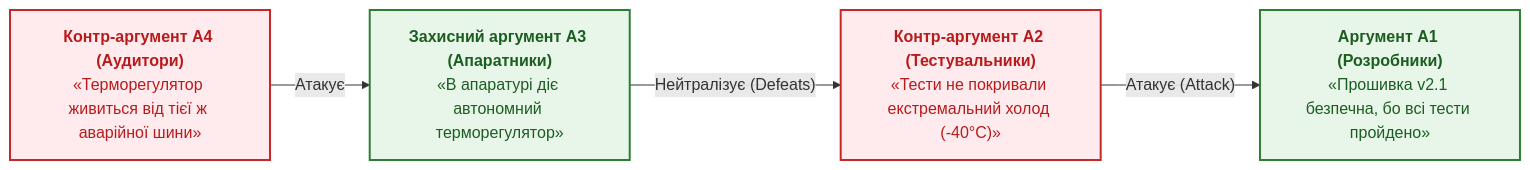
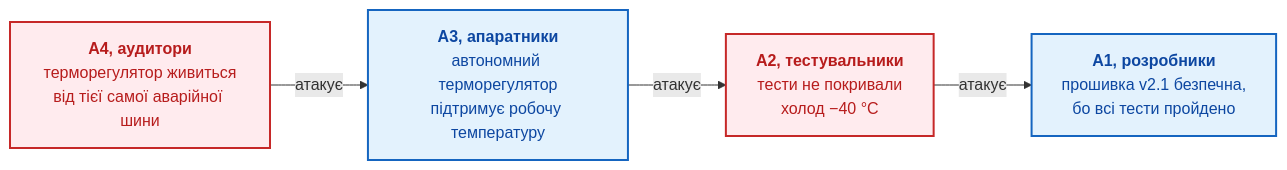
The fourth of 4 diagrams in ExpertSystem/ch27-safety-case-gsn-synthesis.md (nick-fedchik/articles), drawn with Mermaid before and after one commit. The commit also changed other lines of this file, not shown here.

````diff
--- a/ExpertSystem/ch27-safety-case-gsn-synthesis.md
+++ b/ExpertSystem/ch27-safety-case-gsn-synthesis.md
@@ -282,20 +205,20 @@
 ```mermaid
 flowchart LR
-    accTitle: Граф обчислювальної аргументації Данга для безпекового кейса
-    accDescr: Взаємодія між основними твердженнями, контр-аргументами та захисними доказами в теорії аргументації.
+    accTitle: Рамка аргументації для обговорення безпеки прошивки
+    accDescr: Аргумент тестувальників A2 атакує твердження розробників A1, аргумент розробників апаратури A3 атакує A2, а аргумент аудиторів A4 атакує A3.
 
-    A1["<b>Аргумент A1 (Розробники)</b><br/>«Прошивка v2.1 безпечна, бо всі тести пройдено»"]
-    A2["<b>Контр-аргумент A2 (Тестувальники)</b><br/>«Тести не покривали екстремальний холод (-40°C)»"]
-    A3["<b>Захисний аргумент A3 (Апаратники)</b><br/>«В апаратурі діє автономний терморегулятор»"]
-    A4["<b>Контр-аргумент A4 (Аудитори)</b><br/>«Терморегулятор живиться від тієї ж аварійної шини»"]
+    A1["<b>A1, розробники</b><br/>прошивка v2.1 безпечна,<br/>бо всі тести пройдено"]
+    A2["<b>A2, тестувальники</b><br/>тести не покривали<br/>холод −40 °C"]
+    A3["<b>A3, апаратники</b><br/>автономний терморегулятор<br/>підтримує робочу температуру"]
+    A4["<b>A4, аудитори</b><br/>терморегулятор живиться<br/>від тієї самої аварійної шини"]
 
-    A2 -->|"Атакує (Attack)"| A1
-    A3 -->|"Нейтралізує (Defeats)"| A2
-    A4 -->|"Атакує"| A3
+    A2 -->|"атакує"| A1
+    A3 -->|"атакує"| A2
+    A4 -->|"атакує"| A3
 
-    classDef valid fill:#e8f5e9,stroke:#2e7d32,stroke-width:2px,color:#1b5e20;
+    classDef claim fill:#e3f2fd,stroke:#1565c0,stroke-width:2px,color:#0d47a1;
     classDef attack fill:#ffebee,stroke:#c62828,stroke-width:2px,color:#b71c1c;
 
-    class A1,A3 valid;
+    class A1,A3 claim;
     class A2,A4 attack;
 ```
````
